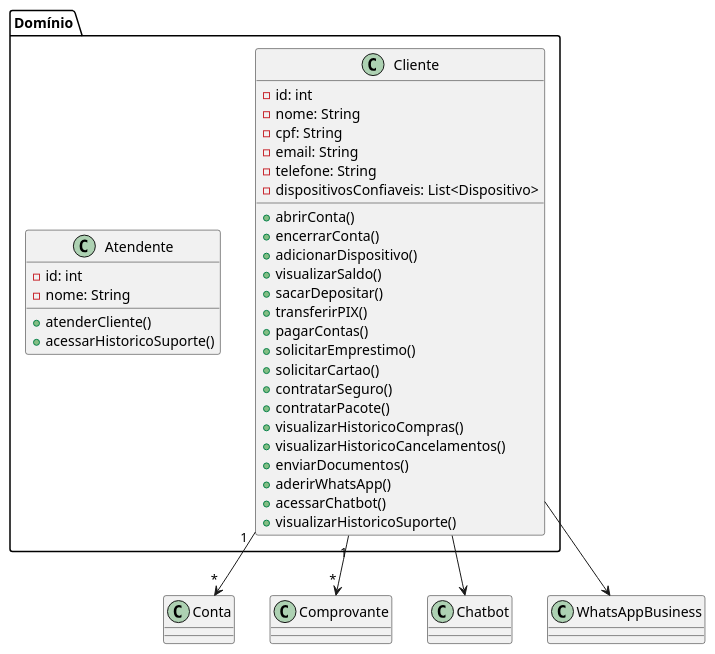
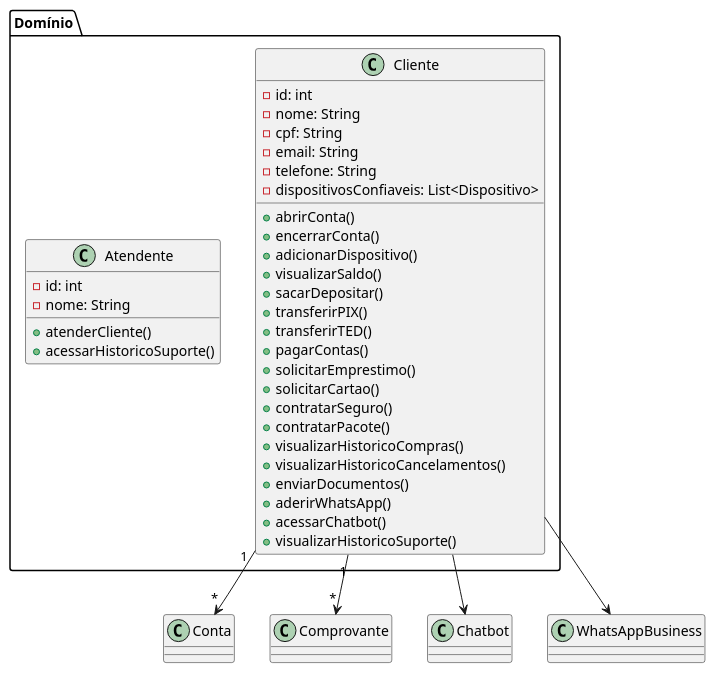
Before and after one commit to Jphn/vitta-next: the diagram in diagrama-classes/dominio.puml, drawn with PlantUML. The commit also changed 6 other files, not shown here.

```diff
--- a/diagrama-classes/dominio.puml
+++ b/diagrama-classes/dominio.puml
@@ -1,43 +1,44 @@
 @startuml dominio
 
 package "Domínio" {
   class Cliente {
     - id: int
     - nome: String
     - cpf: String
     - email: String
     - telefone: String
     - dispositivosConfiaveis: List<Dispositivo>
     + abrirConta()
     + encerrarConta()
     + adicionarDispositivo()
     + visualizarSaldo()
     + sacarDepositar()
     + transferirPIX()
+    + transferirTED()
     + pagarContas()
     + solicitarEmprestimo()
     + solicitarCartao()
     + contratarSeguro()
     + contratarPacote()
     + visualizarHistoricoCompras()
     + visualizarHistoricoCancelamentos()
     + enviarDocumentos()
     + aderirWhatsApp()
     + acessarChatbot()
     + visualizarHistoricoSuporte()
   }
 
   class Atendente {
     - id: int
     - nome: String
     + atenderCliente()
     + acessarHistoricoSuporte()
   }
 }
 
 Cliente "1" --> "*" Conta
 Cliente "1" --> "*" Comprovante
 Cliente --> Chatbot
 Cliente --> WhatsAppBusiness
 
 @enduml
```
